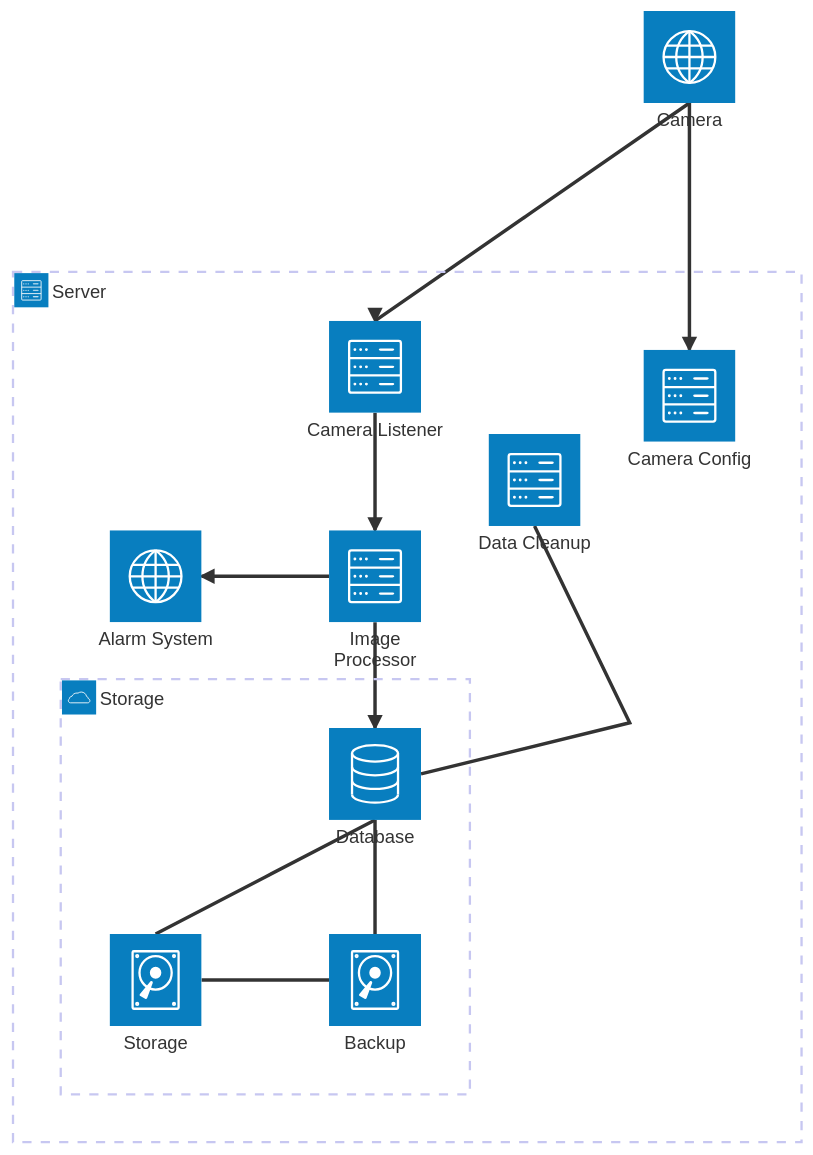
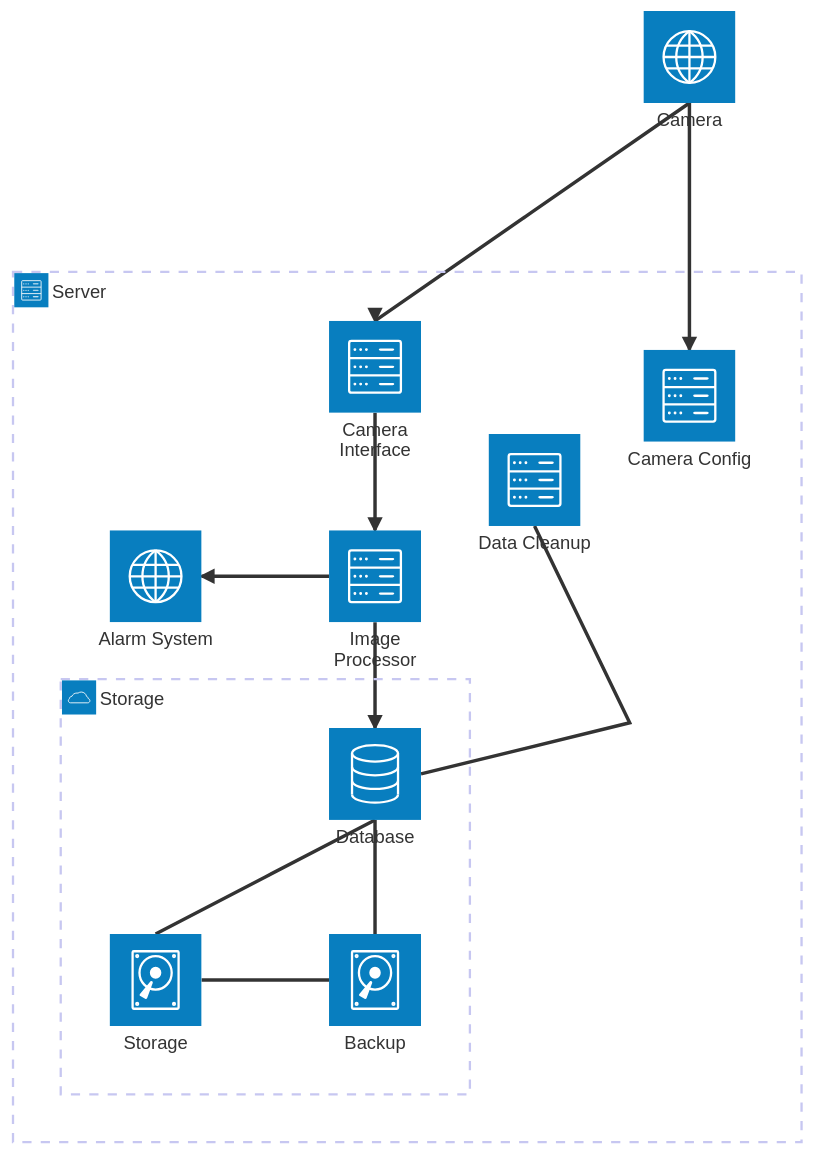
The diagram in arch_diagram.mmd (RandomBird058/CS250-F26-Group7), drawn with Mermaid before and after one commit. The commit also changed 1 other file, not shown here.

Commit message:
refactor CameraListener -> CameraInterface

```diff
--- a/arch_diagram.mmd
+++ b/arch_diagram.mmd
@@ -1,39 +1,39 @@
 architecture-beta
     %% group api(cloud)[API]
 
     %% service db(database)[Database] in api
     %% service disk1(disk)[Storage] in api
     %% service disk2(disk)[Storage] in api
     %% service server(server)[Server] in api
 
     %% db:L -- R:server
     %% disk1:T -- B:server
     %% disk2:T -- B:db
 
     service cam(internet)[Camera]
 
     group backend(server)[Server]
-    service camService(server)[Camera Listener] in backend
+    service camService(server)[Camera Interface] in backend
     service imgReader(server)[Image Processor] in backend
     service camControl(server)[Camera Config] in backend
     service alarms(internet)[Alarm System] in backend
     service cleaner(server)[Data Cleanup] in backend
 
     group storage(cloud)[Storage] in backend
     service db(database)[Database] in storage
     service disk1(disk)[Storage] in storage
     service disk2(disk)[Backup] in storage
 
     cam:B --> T:camService
     camService:B --> T:imgReader
     imgReader:L --> R:alarms
     %% alarms:T --> B:camService
 
     imgReader:B --> T:db
     cleaner:B -- R:db
 
     db:B -- T:disk1
     db:B -- T:disk2
     disk1:R -- L:disk2
 
     camControl:T <-- B:cam
```
